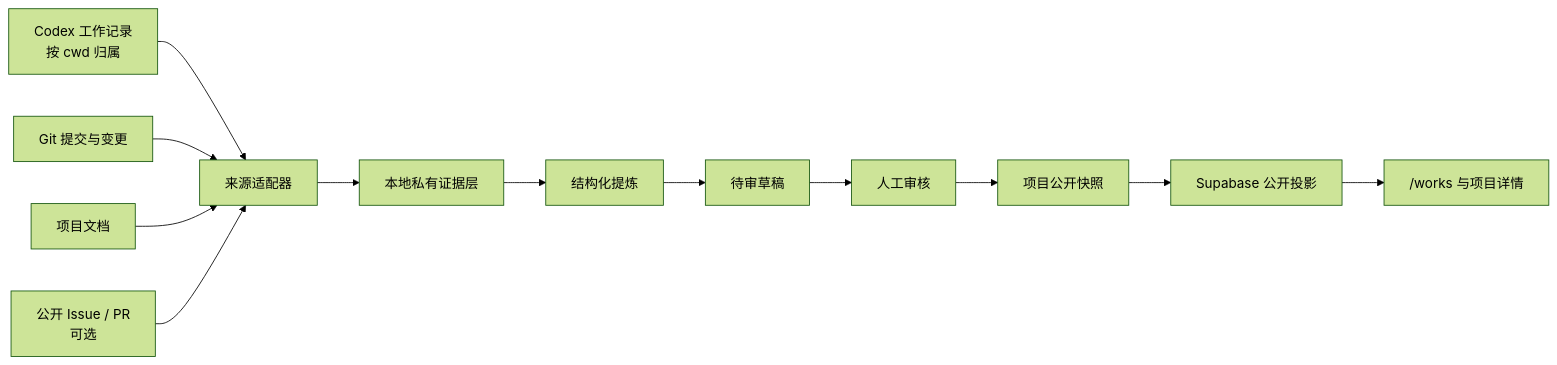
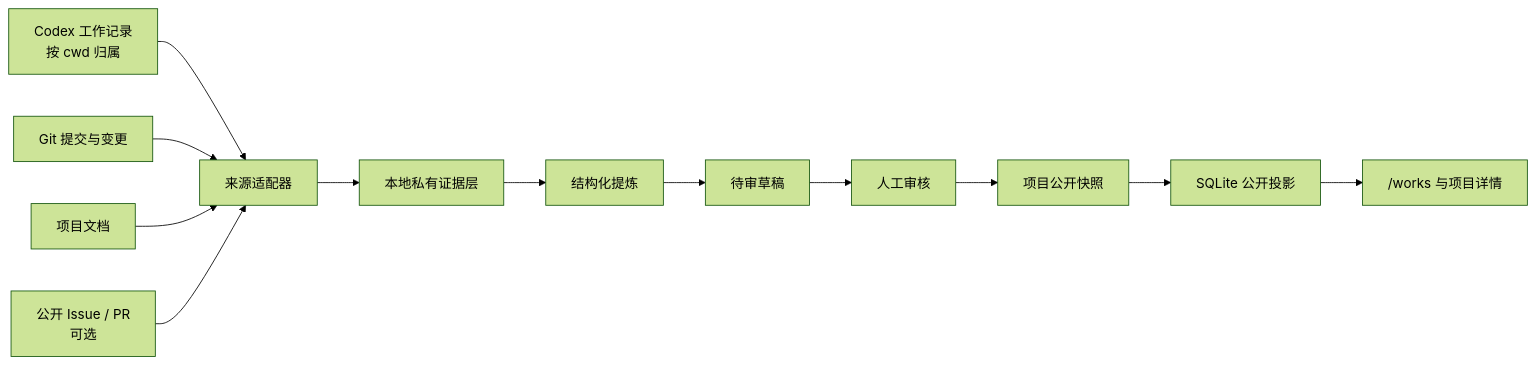
Before and after one commit to defulat-coder/personal-sites: the diagram in docs/project-practice-sync.md, drawn with Mermaid (forest theme). The commit also changed other lines of this file and 51 other files, not shown here.

````diff
--- a/docs/project-practice-sync.md
+++ b/docs/project-practice-sync.md
@@ -27,14 +27,14 @@
 ```mermaid
 flowchart LR
   C["Codex 工作记录<br/>按 cwd 归属"] --> A["来源适配器"]
   G["Git 提交与变更"] --> A
   D["项目文档"] --> A
   H["公开 Issue / PR<br/>可选"] --> A
   A --> R["本地私有证据层"]
   R --> E["结构化提炼"]
   E --> Q["待审草稿"]
   Q --> V["人工审核"]
   V --> S["项目公开快照"]
-  S --> P["Supabase 公开投影"]
+  S --> P["SQLite 公开投影"]
   P --> W["/works 与项目详情"]
 ```
````
